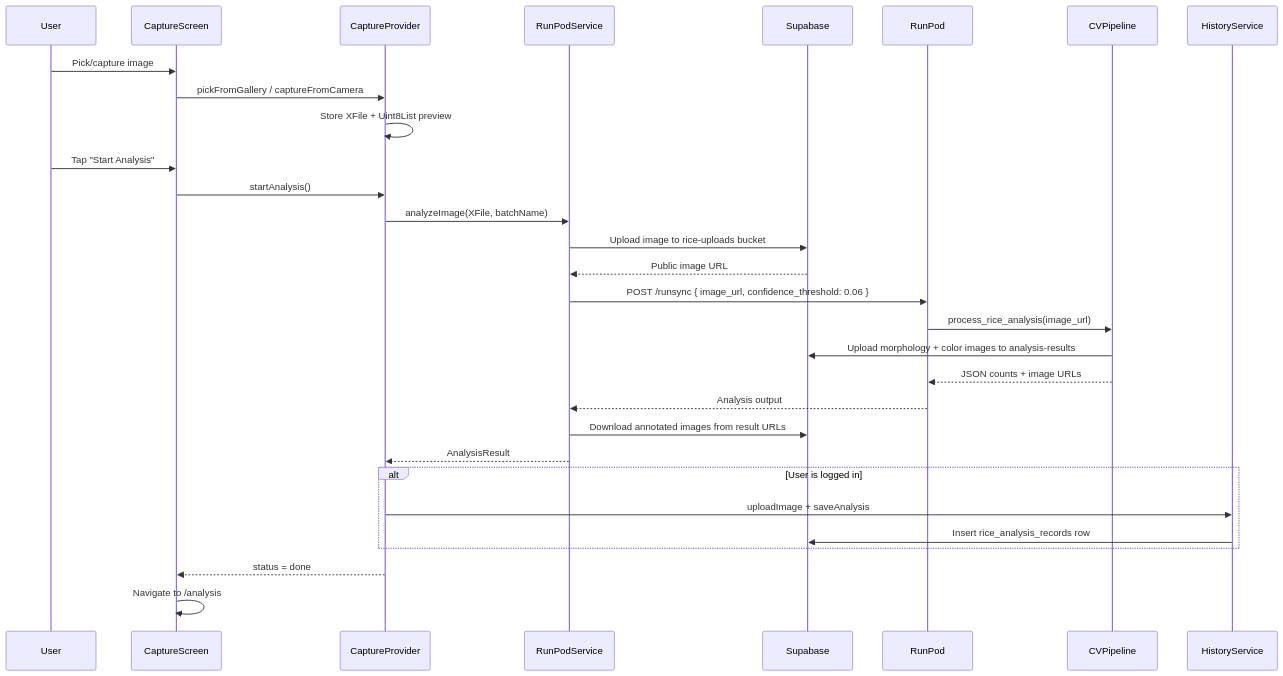
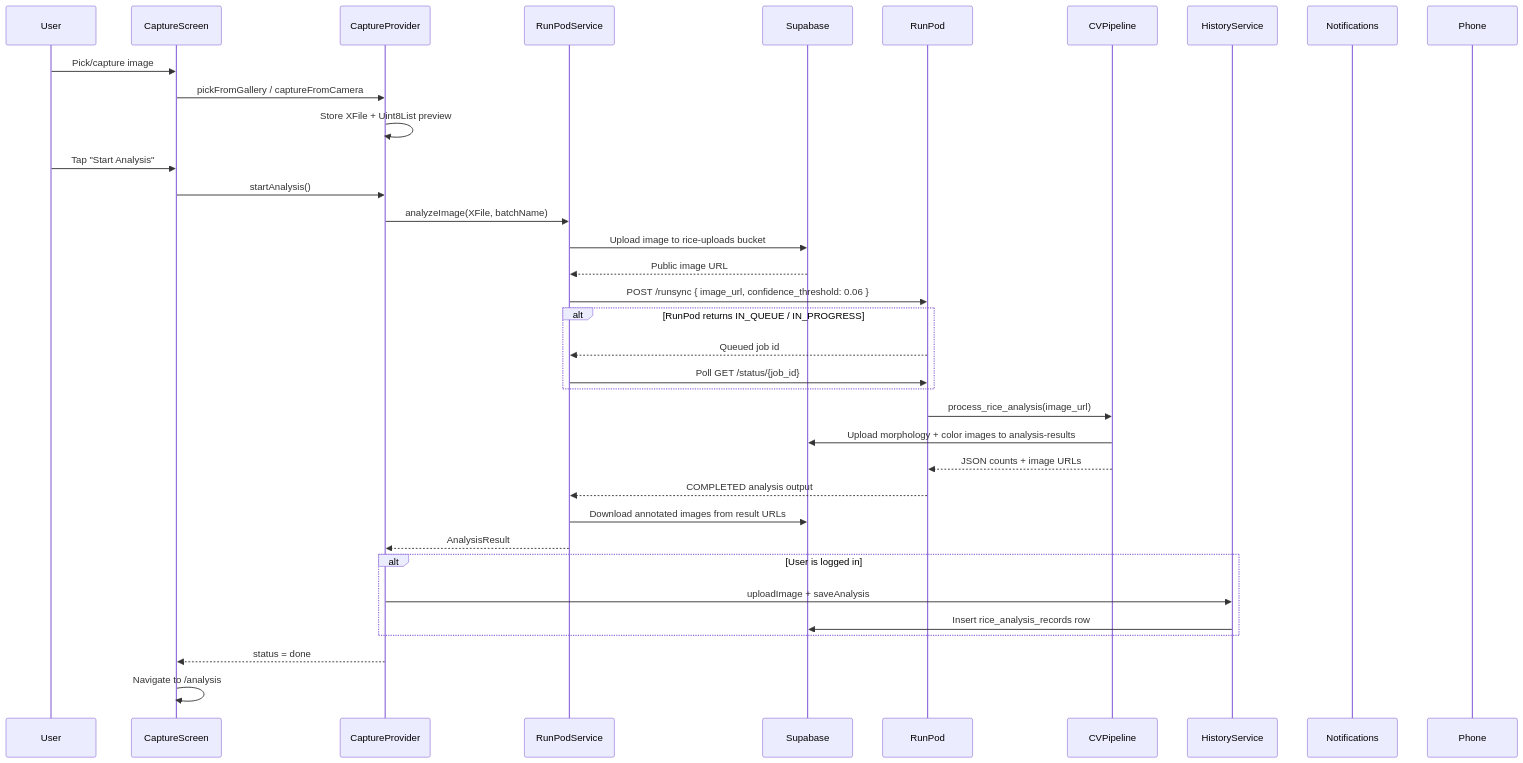
The second of 2 diagrams in docs/PROJECT.md (FahimKhamsa/Chal.AI-A-Rice-Grain-Analyzer-System), drawn with Mermaid before and after one commit. The commit also changed 12 other files, not shown here.

Commit message:
Add native notifications and RunPod queue polling

````diff
--- a/docs/PROJECT.md
+++ b/docs/PROJECT.md
@@ -198,39 +198,45 @@
 ```mermaid
 sequenceDiagram
     participant User
     participant CaptureScreen
     participant CaptureProvider
     participant RunPodService
     participant Supabase
     participant RunPod
     participant CVPipeline
     participant HistoryService
+    participant Notifications
+    participant Phone
 
     User->>CaptureScreen: Pick/capture image
     CaptureScreen->>CaptureProvider: pickFromGallery / captureFromCamera
     CaptureProvider->>CaptureProvider: Store XFile + Uint8List preview
 
     User->>CaptureScreen: Tap "Start Analysis"
     CaptureScreen->>CaptureProvider: startAnalysis()
     CaptureProvider->>RunPodService: analyzeImage(XFile, batchName)
 
     RunPodService->>Supabase: Upload image to rice-uploads bucket
     Supabase-->>RunPodService: Public image URL
 
     RunPodService->>RunPod: POST /runsync { image_url, confidence_threshold: 0.06 }
+    alt RunPod returns IN_QUEUE / IN_PROGRESS
+        RunPod-->>RunPodService: Queued job id
+        RunPodService->>RunPod: Poll GET /status/{job_id}
+    end
     RunPod->>CVPipeline: process_rice_analysis(image_url)
     CVPipeline->>Supabase: Upload morphology + color images to analysis-results
     CVPipeline-->>RunPod: JSON counts + image URLs
-    RunPod-->>RunPodService: Analysis output
+    RunPod-->>RunPodService: COMPLETED analysis output
 
     RunPodService->>Supabase: Download annotated images from result URLs
     RunPodService-->>CaptureProvider: AnalysisResult
 
     alt User is logged in
         CaptureProvider->>HistoryService: uploadImage + saveAnalysis
         HistoryService->>Supabase: Insert rice_analysis_records row
     end
 
     CaptureProvider-->>CaptureScreen: status = done
     CaptureScreen->>CaptureScreen: Navigate to /analysis
 ```
````
